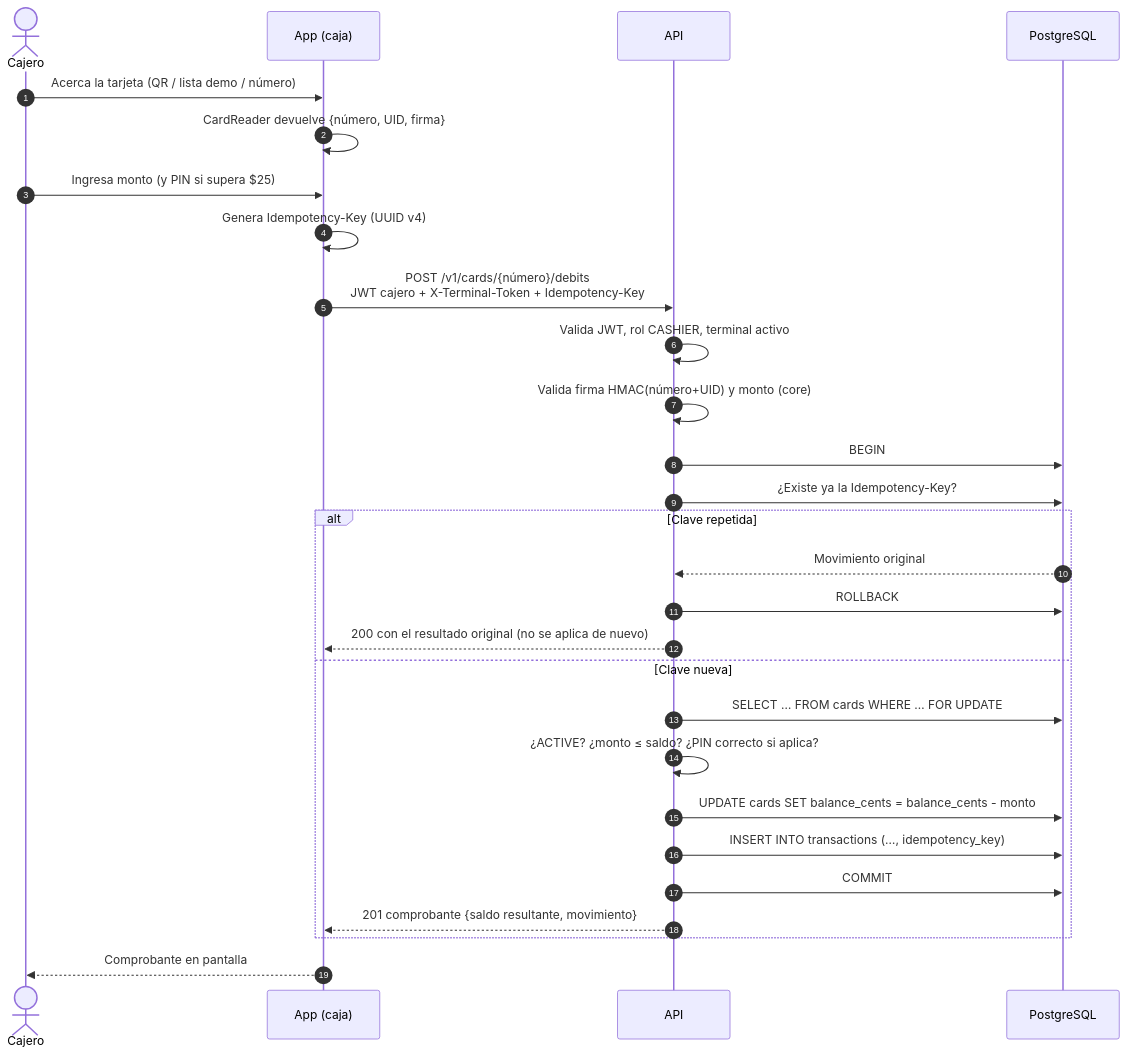
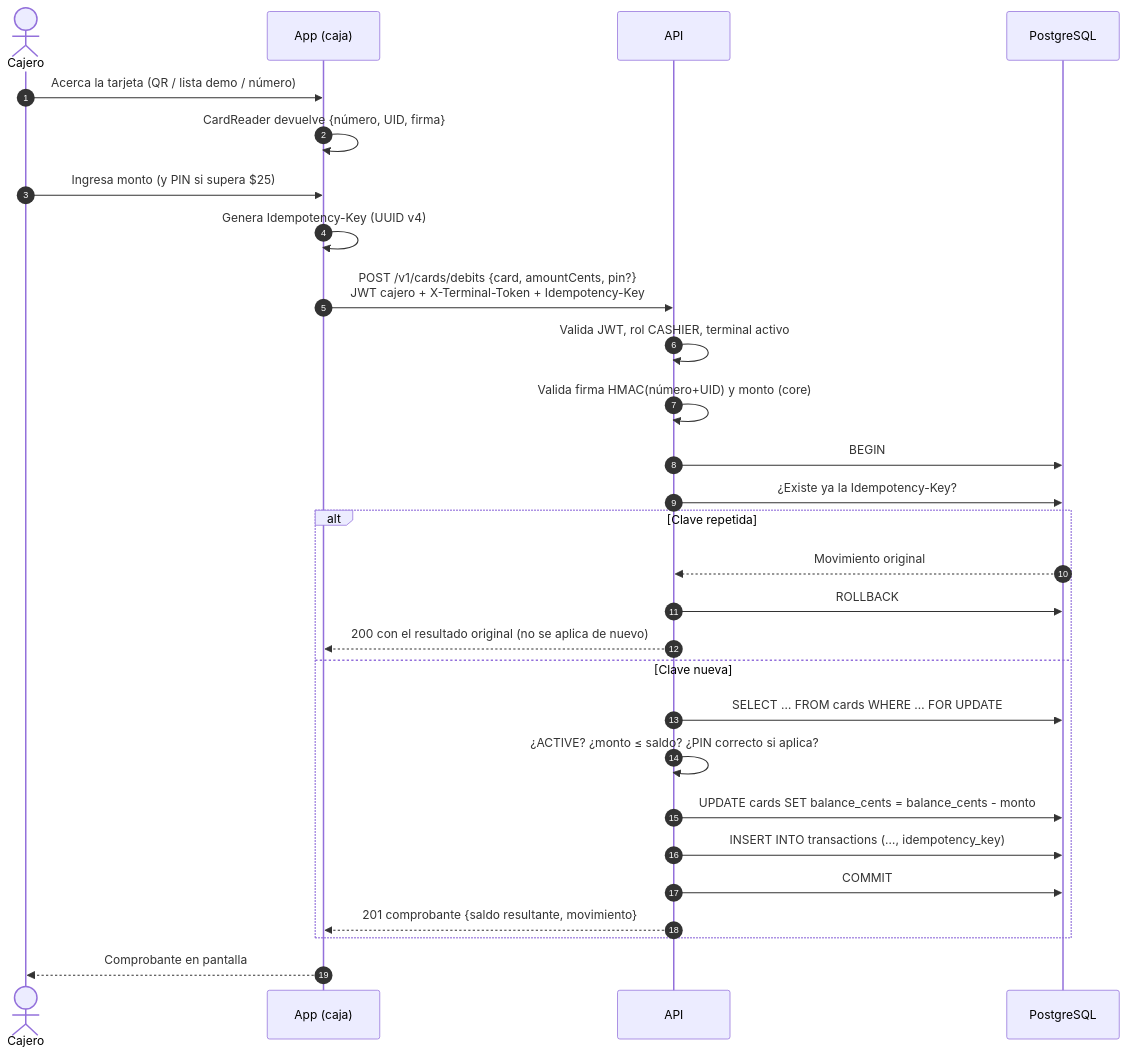
The second of 2 diagrams in docs/architecture.md (dn223/Monedero), drawn with Mermaid before and after one commit. The commit also changed other lines of this file and 30 other files, not shown here.

````diff
--- a/docs/architecture.md
+++ b/docs/architecture.md
@@ -50,31 +55,31 @@
 ```mermaid
 sequenceDiagram
   autonumber
   actor Cajero
   participant App as App (caja)
   participant API
   participant DB as PostgreSQL
 
   Cajero->>App: Acerca la tarjeta (QR / lista demo / número)
   App->>App: CardReader devuelve {número, UID, firma}
   Cajero->>App: Ingresa monto (y PIN si supera $25)
   App->>App: Genera Idempotency-Key (UUID v4)
-  App->>API: POST /v1/cards/{número}/debits<br/>JWT cajero + X-Terminal-Token + Idempotency-Key
+  App->>API: POST /v1/cards/debits {card, amountCents, pin?}<br/>JWT cajero + X-Terminal-Token + Idempotency-Key
   API->>API: Valida JWT, rol CASHIER, terminal activo
   API->>API: Valida firma HMAC(número+UID) y monto (core)
   API->>DB: BEGIN
   API->>DB: ¿Existe ya la Idempotency-Key?
   alt Clave repetida
     DB-->>API: Movimiento original
     API->>DB: ROLLBACK
     API-->>App: 200 con el resultado original (no se aplica de nuevo)
   else Clave nueva
     API->>DB: SELECT … FROM cards WHERE … FOR UPDATE
     API->>API: ¿ACTIVE? ¿monto ≤ saldo? ¿PIN correcto si aplica?
     API->>DB: UPDATE cards SET balance_cents = balance_cents - monto
     API->>DB: INSERT INTO transactions (…, idempotency_key)
     API->>DB: COMMIT
     API-->>App: 201 comprobante {saldo resultante, movimiento}
   end
   App-->>Cajero: Comprobante en pantalla
 ```
````
